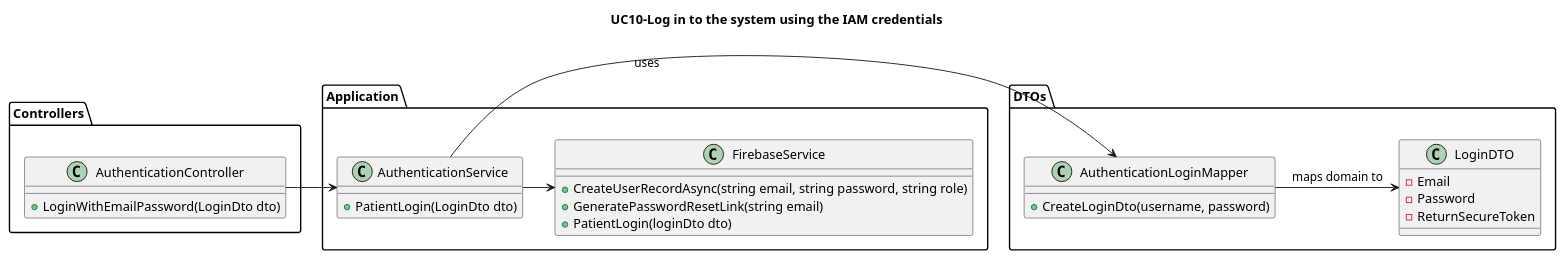
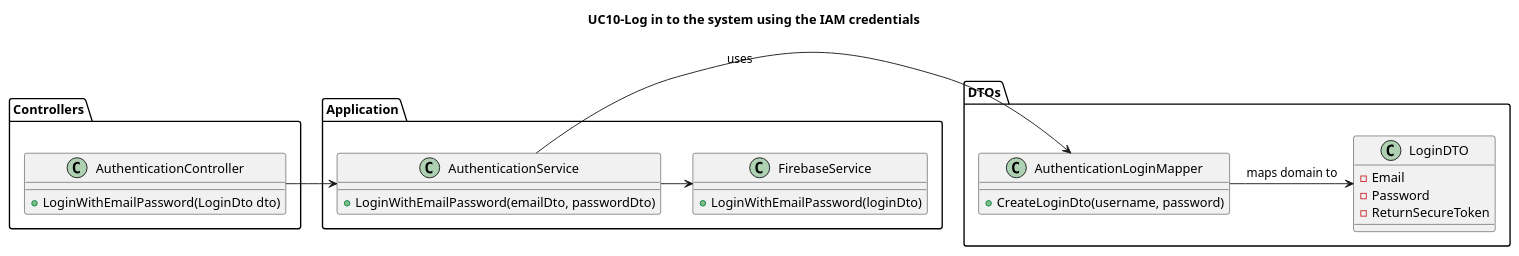
Before and after one commit to MiguelCardoso77/SurgicalSync-BackEnd: the diagram in Wiki/SprintA/diagrams/use-cases/10-log-in-to-the-system-using-the-IAM-credentials/class-diagram.puml, drawn with PlantUML. The commit also changed 9 other files, not shown here.

```diff
--- a/Wiki/SprintA/diagrams/use-cases/10-log-in-to-the-system-using-the-IAM-credentials/class-diagram.puml
+++ b/Wiki/SprintA/diagrams/use-cases/10-log-in-to-the-system-using-the-IAM-credentials/class-diagram.puml
@@ -1,46 +1,44 @@
 @startuml
 
 title "UC10-Log in to the system using the IAM credentials"
 
 package "Application"{
     class FirebaseService {
-        + CreateUserRecordAsync(string email, string password, string role)
-        + GeneratePasswordResetLink(string email)
-        + PatientLogin(loginDto dto)
+        + LoginWithEmailPassword(loginDto)
     }
 
     class AuthenticationService {
-        + PatientLogin(LoginDto dto)
+        + LoginWithEmailPassword(emailDto, passwordDto)
     }
 
 }
 
 package "DTOs"{
     class AuthenticationLoginMapper{
          + CreateLoginDto(username, password)
     }
     
     class LoginDTO {
         - Email
         - Password
         - ReturnSecureToken
     }
 }
 
 package "Controllers"{
     class AuthenticationController {
         + LoginWithEmailPassword(LoginDto dto)
     }
 }
 
 AuthenticationController -> AuthenticationService
 
 AuthenticationService -> AuthenticationLoginMapper : uses
 
 AuthenticationService -> FirebaseService
 
 AuthenticationLoginMapper -> LoginDTO : maps domain to
 
 
 
 @enduml
```
